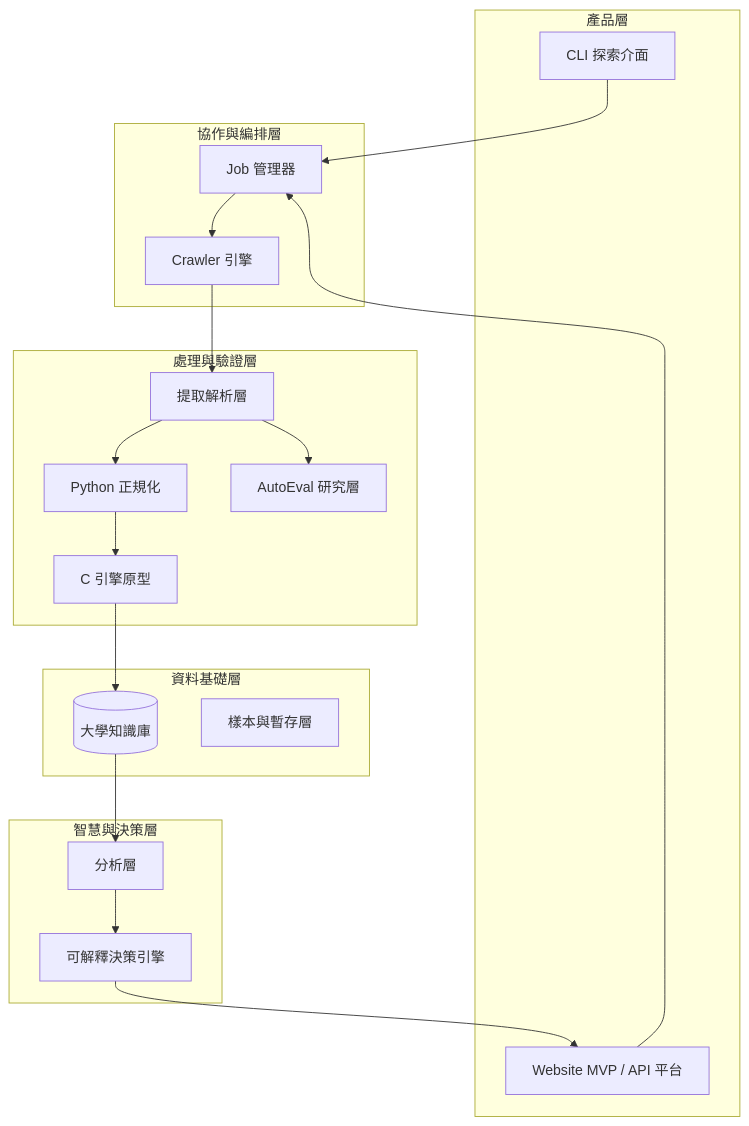
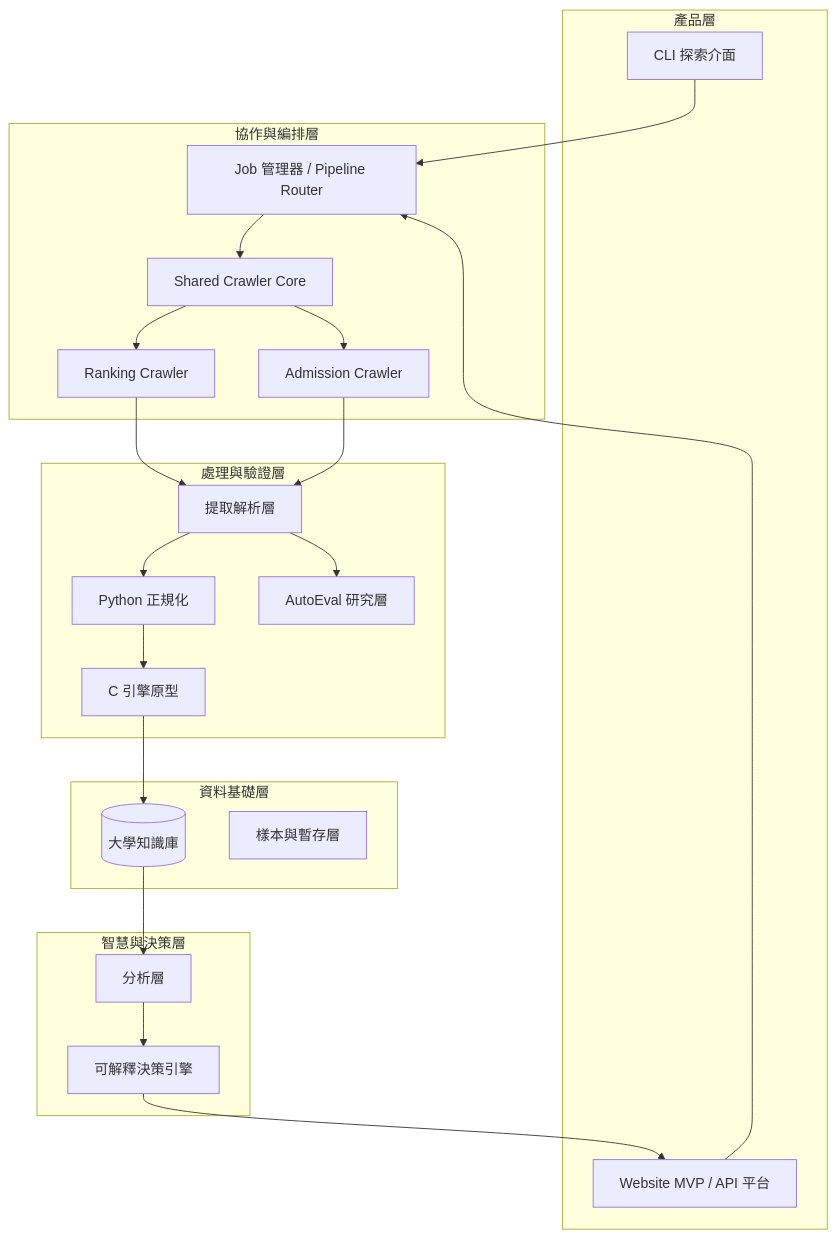
The first of 4 diagrams in docs/foundation/Whitepaper.md (heinricitorgau/CrawlerNest), drawn with Mermaid before and after one commit. The commit also changed other lines of this file and 1 other file, not shown here.

````diff
--- a/docs/foundation/Whitepaper.md
+++ b/docs/foundation/Whitepaper.md
@@ -114,41 +114,46 @@
 ```mermaid
 graph TD
     subgraph "產品層"
         CLI[CLI 探索介面]
         WEB[Website MVP / API 平台]
     end
 
     subgraph "協作與編排層"
-        JOBS[Job 管理器]
-        CRAWL[Crawler 引擎]
+        JOBS[Job 管理器 / Pipeline Router]
+        CCORE[Shared Crawler Core]
+        RCRAWL[Ranking Crawler]
+        ACRAWL[Admission Crawler]
     end
 
     subgraph "處理與驗證層"
         EXT[提取解析層]
         NORM_PY[Python 正規化]
         NORM_C[C 引擎原型]
         AE[AutoEval 研究層]
     end
 
     subgraph "資料基礎層"
         KB[(大學知識庫)]
         SAMP[樣本與暫存層]
     end
 
     subgraph "智慧與決策層"
         ANA[分析層]
         REC[可解釋決策引擎]
     end
 
     CLI --> JOBS
     WEB --> JOBS
-    JOBS --> CRAWL
-    CRAWL --> EXT
+    JOBS --> CCORE
+    CCORE --> RCRAWL
+    CCORE --> ACRAWL
+    RCRAWL --> EXT
+    ACRAWL --> EXT
     EXT --> NORM_PY
     NORM_PY --> NORM_C
     EXT --> AE
     NORM_C --> KB
     KB --> ANA
     ANA --> REC
     REC --> WEB
 ```
````
